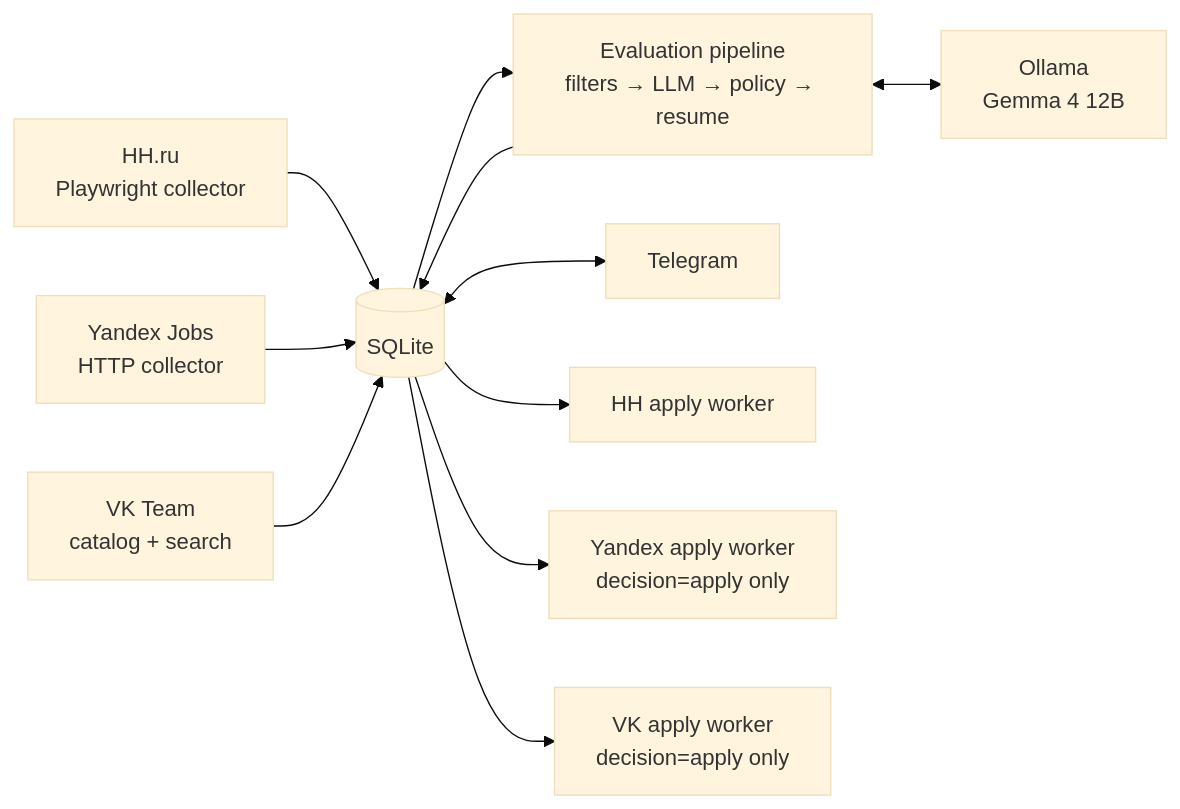
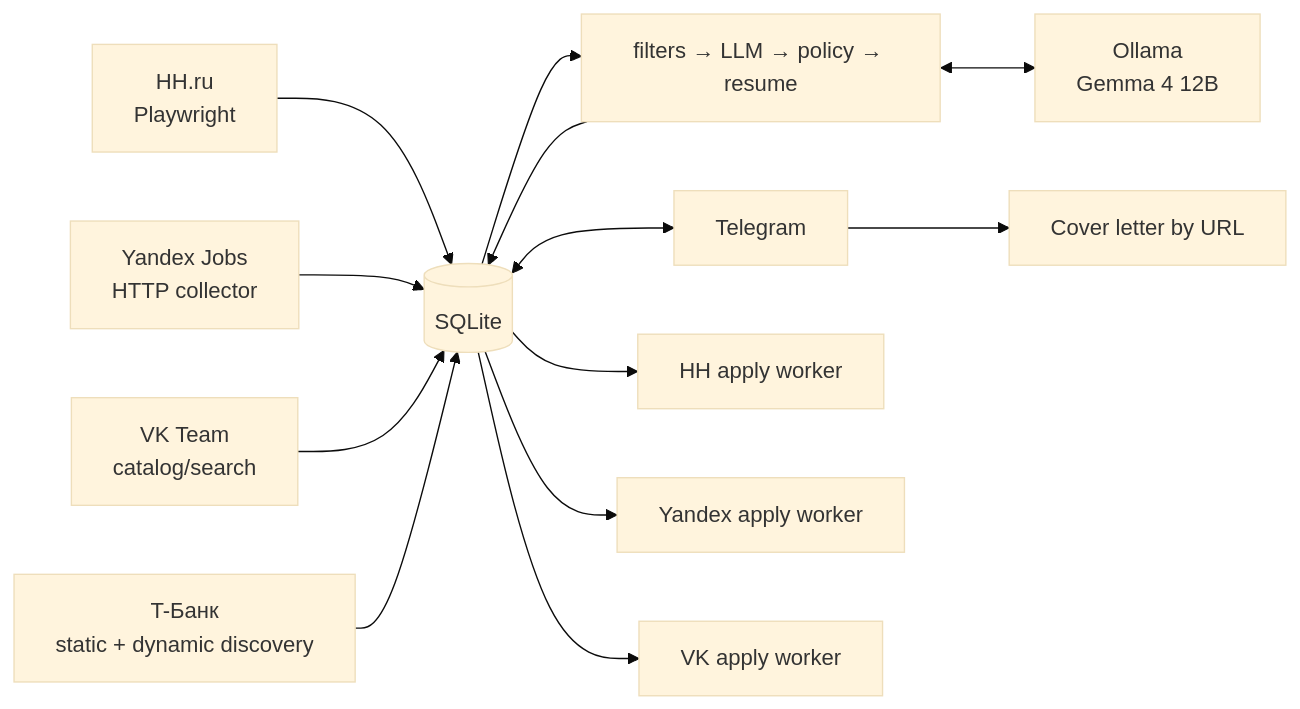
One commit to Xander-Rude/hh-agent changed the first of 2 diagrams in README.md. Above: the diagram before and after it, drawn with Mermaid (base theme). The commit also changed other lines of this file and 2 other files, not shown here.

````diff
--- a/README.md
+++ b/README.md
@@ -36,13 +38,18 @@
 ```mermaid
 flowchart LR
-    HH[HH.ru<br/>Playwright collector] --> DB[(SQLite)]
+    HH[HH.ru<br/>Playwright] --> DB[(SQLite)]
     YA[Yandex Jobs<br/>HTTP collector] --> DB
-    VK[VK Team<br/>catalog + search] --> DB
-    DB --> EVAL[Evaluation pipeline<br/>filters → LLM → policy → resume]
+    VK[VK Team<br/>catalog/search] --> DB
+    TB[T-Банк<br/>static + dynamic discovery] --> DB
+
+    DB --> EVAL[filters → LLM → policy → resume]
     EVAL <--> LLM[Ollama<br/>Gemma 4 12B]
     EVAL --> DB
+
     DB <--> TG[Telegram]
+    TG --> COVER[Cover letter by URL]
+
     DB --> HHA[HH apply worker]
-    DB --> YAA[Yandex apply worker<br/>decision=apply only]
-    DB --> VKA[VK apply worker<br/>decision=apply only]
+    DB --> YAA[Yandex apply worker]
+    DB --> VKA[VK apply worker]
 ```
````
